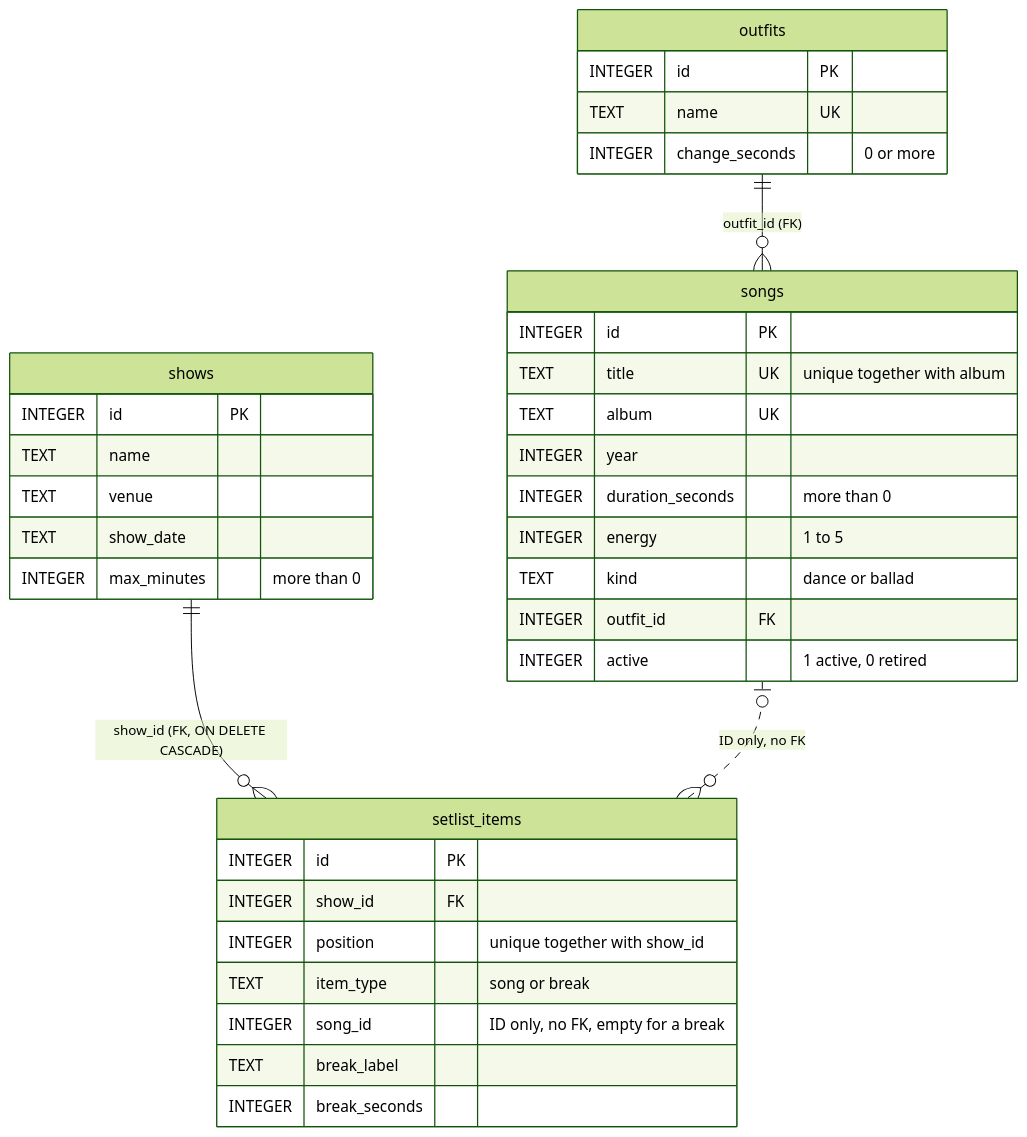
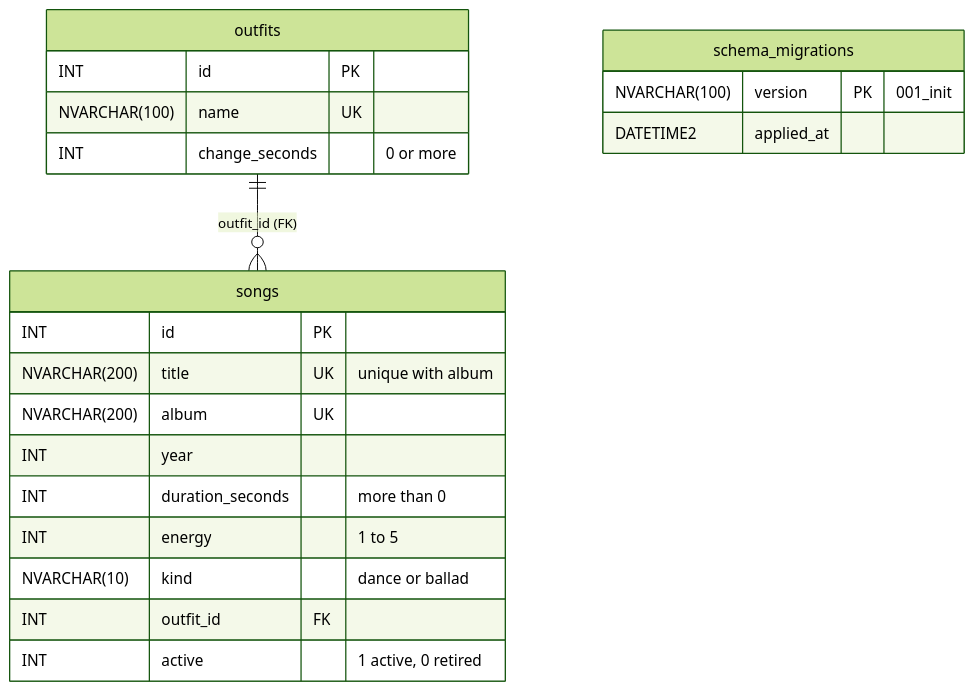
The fourth of 5 diagrams in docs/diagrams.md (f3renp/tribute-show-planner), drawn with Mermaid (forest theme) before and after one commit. The commit also changed other lines of this file and 1 other file, not shown here.

Commit message:
Redraw the diagrams for the deployed system: before and after architecture, deployment and one database diagram per service

````diff
--- a/docs/diagrams.md
+++ b/docs/diagrams.md
@@ -54,42 +110,27 @@
 ```mermaid
 erDiagram
     outfits ||--o{ songs : "outfit_id (FK)"
-    shows ||--o{ setlist_items : "show_id (FK, ON DELETE CASCADE)"
-    songs |o..o{ setlist_items : "ID only, no FK"
 
     outfits {
-        INTEGER id PK
-        TEXT name UK
-        INTEGER change_seconds "0 or more"
+        INT id PK
+        NVARCHAR(100) name UK
+        INT change_seconds "0 or more"
     }
 
     songs {
-        INTEGER id PK
-        TEXT title UK "unique together with album"
-        TEXT album UK
-        INTEGER year
-        INTEGER duration_seconds "more than 0"
-        INTEGER energy "1 to 5"
-        TEXT kind "dance or ballad"
-        INTEGER outfit_id FK
-        INTEGER active "1 active, 0 retired"
+        INT id PK
+        NVARCHAR(200) title UK "unique with album"
+        NVARCHAR(200) album UK
+        INT year
+        INT duration_seconds "more than 0"
+        INT energy "1 to 5"
+        NVARCHAR(10) kind "dance or ballad"
+        INT outfit_id FK
+        INT active "1 active, 0 retired"
     }
 
-    shows {
-        INTEGER id PK
-        TEXT name
-        TEXT venue
-        TEXT show_date
-        INTEGER max_minutes "more than 0"
-    }
-
-    setlist_items {
-        INTEGER id PK
-        INTEGER show_id FK
-        INTEGER position "unique together with show_id"
-        TEXT item_type "song or break"
-        INTEGER song_id "ID only, no FK, empty for a break"
-        TEXT break_label
-        INTEGER break_seconds
+    schema_migrations {
+        NVARCHAR(100) version PK "001_init"
+        DATETIME2 applied_at
     }
 ```
````
